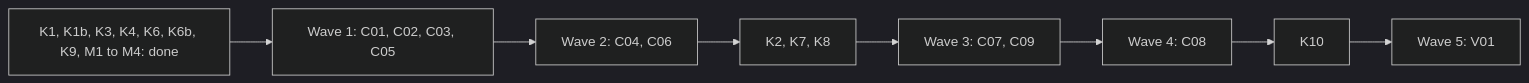
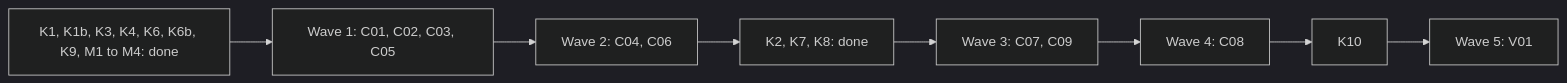
The third of 3 diagrams in docs/plan-0.8.0.md (alfhen/agent-pr-pipeline), drawn with Mermaid (dark theme) before and after one commit. The commit also changed other lines of this file, not shown here.

````diff
--- a/docs/plan-0.8.0.md
+++ b/docs/plan-0.8.0.md
@@ -284,4 +287,4 @@
 ```mermaid
 flowchart LR
-  K[K1, K1b, K3, K4, K6, K6b, K9, M1 to M4: done] --> W1[Wave 1: C01, C02, C03, C05] --> W2[Wave 2: C04, C06] --> K2[K2, K7, K8] --> W3[Wave 3: C07, C09] --> W4[Wave 4: C08] --> K10[K10] --> W5[Wave 5: V01]
+  K[K1, K1b, K3, K4, K6, K6b, K9, M1 to M4: done] --> W1[Wave 1: C01, C02, C03, C05] --> W2[Wave 2: C04, C06] --> K2[K2, K7, K8: done] --> W3[Wave 3: C07, C09] --> W4[Wave 4: C08] --> K10[K10] --> W5[Wave 5: V01]
 ```
````
